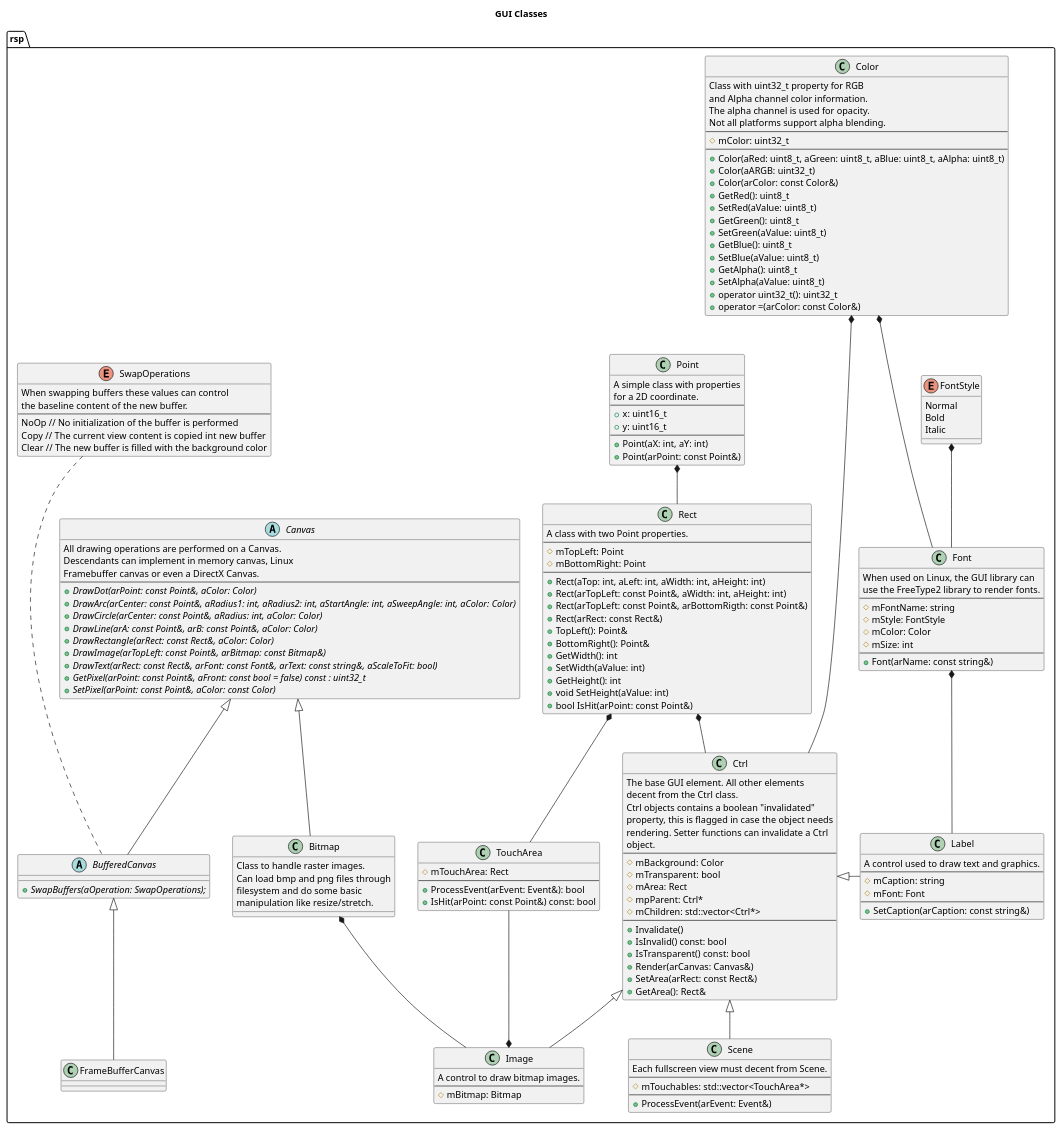
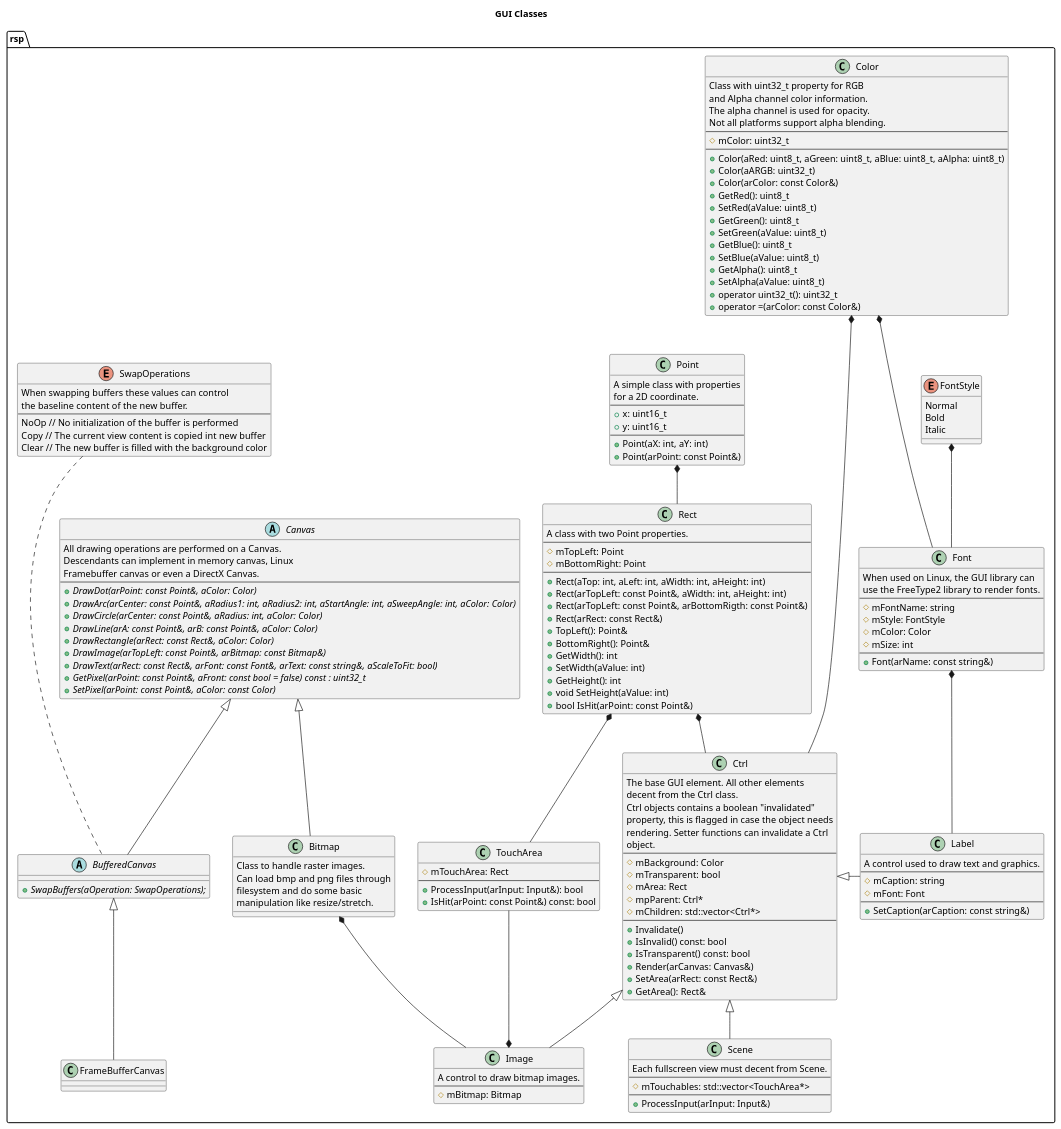
The diagram in docs/uml/GUI Classes.puml (rsps/rsp-core-library), drawn with PlantUML before and after one commit. The commit also changed 7 other files, not shown here.

First line of the commit message:
Renamed everything called Event-something to Input-something

```diff
--- a/docs/uml/GUI Classes.puml
+++ b/docs/uml/GUI Classes.puml
@@ -125,7 +125,7 @@
 class TouchArea {
     #mTouchArea: Rect
     --
-    +ProcessEvent(arEvent: Event&): bool
+    +ProcessInput(arInput: Input&): bool
     +IsHit(arPoint: const Point&) const: bool
 }
 Rect *-- TouchArea
@@ -159,7 +159,7 @@
     --
     #mTouchables: std::vector<TouchArea*>
     --
-    +ProcessEvent(arEvent: Event&)
+    +ProcessInput(arInput: Input&)
 }
 Ctrl <|-- Scene 
 
```
